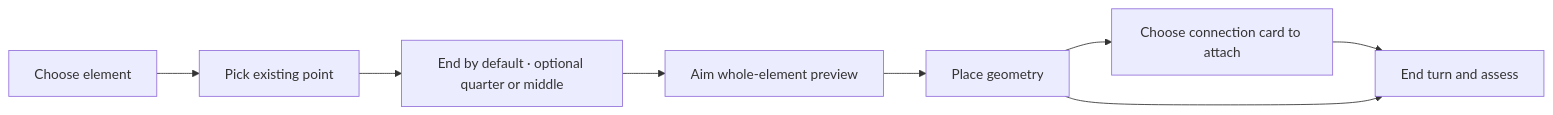
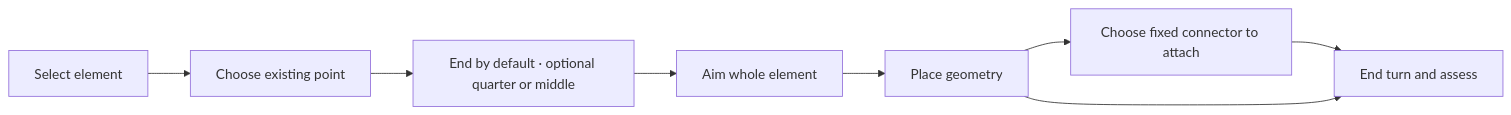
One commit to Degrees-of-Freedom/Degrees-of-Freedom-The-Game- changed the diagram in docs/kb/cantilever-placement.md. Above: the diagram before and after it, drawn with Mermaid. The commit also changed other lines of this file and 4 other files, not shown here.

````diff
--- a/docs/kb/cantilever-placement.md
+++ b/docs/kb/cantilever-placement.md
@@ -57,10 +59,10 @@
 ```mermaid
 flowchart LR
-  A[Choose element] --> B[Pick existing point]
+  A[Select element] --> B[Choose existing point]
   B --> C[End by default · optional quarter or middle]
-  C --> D[Aim whole-element preview]
+  C --> D[Aim whole element]
   D --> E[Place geometry]
-  E --> F[Choose connection card to attach]
+  E --> F[Choose fixed connector to attach]
   F --> G[End turn and assess]
   E --> G
 ```
````
